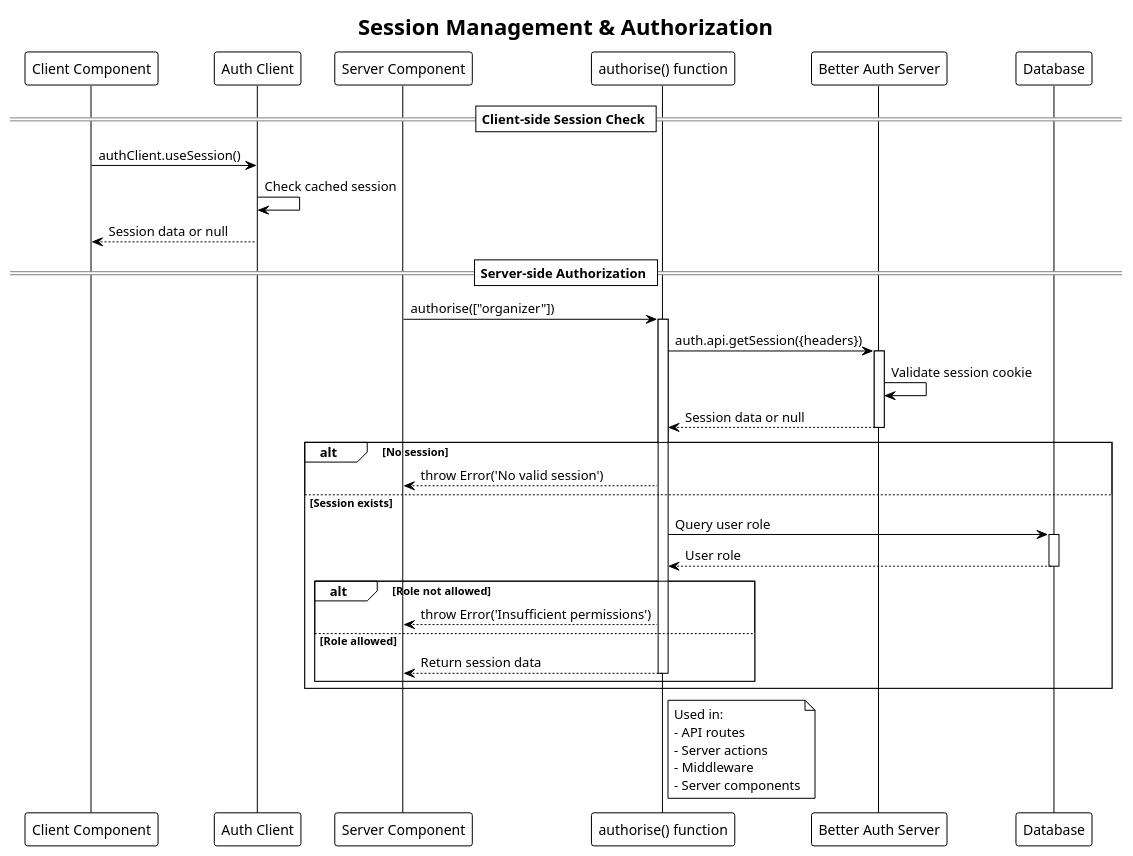
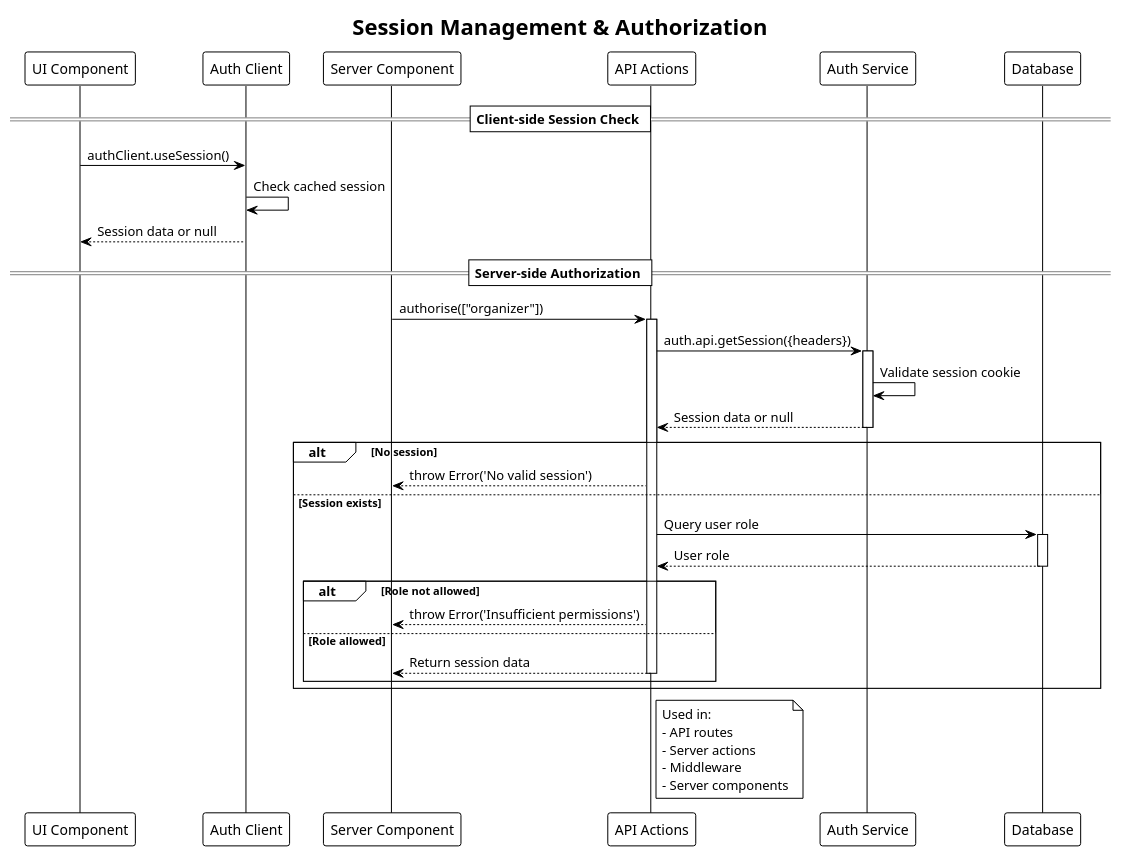
Before and after one commit to VieTicket/vieticket-monorepo: the eighth of 8 diagrams in puml/auth.puml, drawn with PlantUML. The commit also changed other lines of this file and 4 other files, not shown here.

Commit message:
[OPS-28] seq diagram for seatmap

```diff
--- a/puml/auth.puml
+++ b/puml/auth.puml
@@ -425,51 +425,51 @@
 @startuml session-management
 !theme plain
 title Session Management & Authorization
 
-participant "Client Component" as UI
+participant "UI Component" as UI
 participant "Auth Client" as Client
 participant "Server Component" as Server
-participant "authorise() function" as Authorise
-participant "Better Auth Server" as Auth
+participant "API Actions" as Actions
+participant "Auth Service" as Auth
 participant "Database" as DB
 
 == Client-side Session Check ==
 UI -> Client: authClient.useSession()
 Client -> Client: Check cached session
 Client --> UI: Session data or null
 
 == Server-side Authorization ==
-Server -> Authorise: authorise(["organizer"])
-activate Authorise
+Server -> Actions: authorise(["organizer"])
+activate Actions
 
-Authorise -> Auth: auth.api.getSession({headers})
+Actions -> Auth: auth.api.getSession({headers})
 activate Auth
 Auth -> Auth: Validate session cookie
-Auth --> Authorise: Session data or null
+Auth --> Actions: Session data or null
 deactivate Auth
 
 alt No session
-    Authorise --> Server: throw Error('No valid session')
+    Actions --> Server: throw Error('No valid session')
 else Session exists
-    Authorise -> DB: Query user role
+    Actions -> DB: Query user role
     activate DB
-    DB --> Authorise: User role
+    DB --> Actions: User role
     deactivate DB
     
     alt Role not allowed
-        Authorise --> Server: throw Error('Insufficient permissions')
+        Actions --> Server: throw Error('Insufficient permissions')
     else Role allowed
-        Authorise --> Server: Return session data
-        deactivate Authorise
+        Actions --> Server: Return session data
+        deactivate Actions
     end
 end
 
-note right of Authorise
+note right of Actions
   Used in:
   - API routes
   - Server actions  
   - Middleware
   - Server components
 end note
 
 @enduml
```
